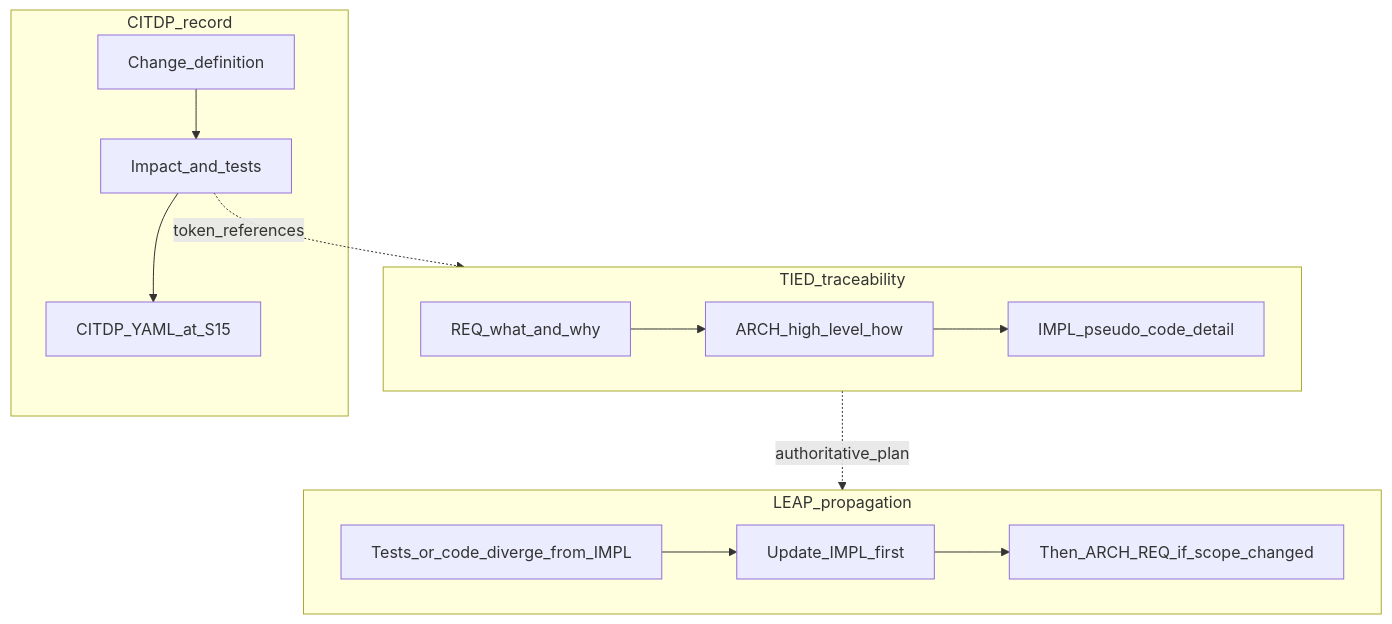
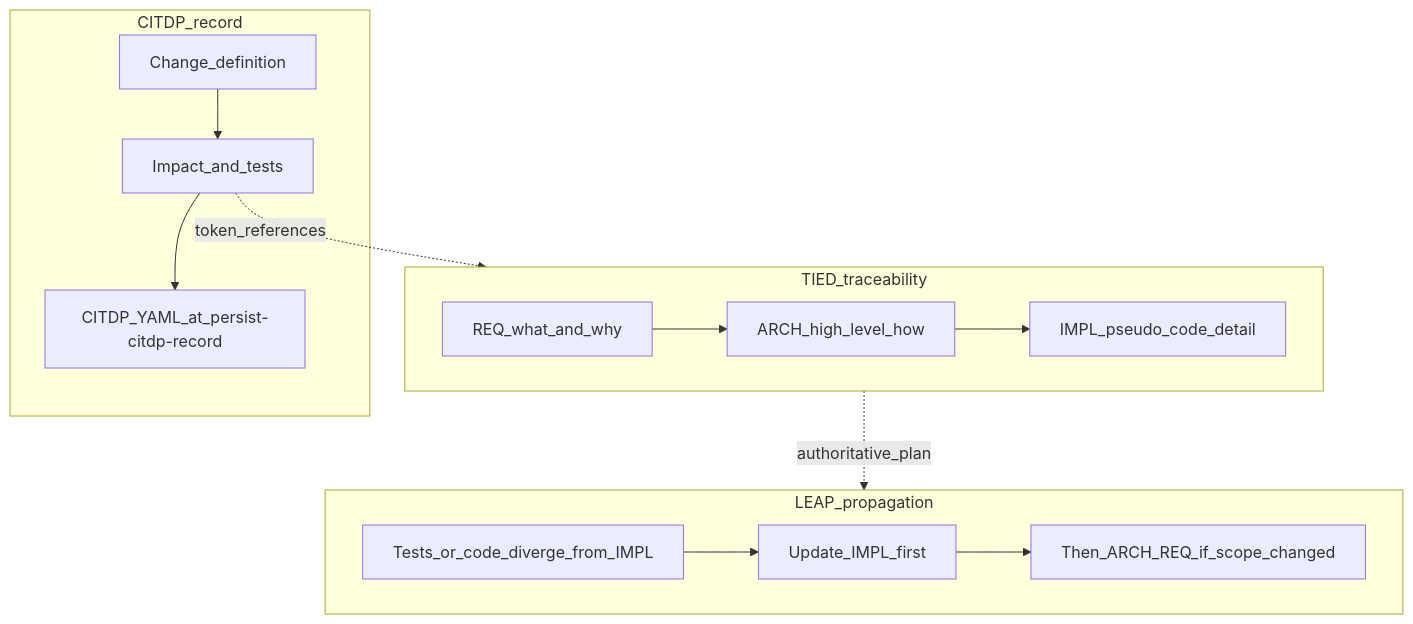
One commit to fareedst/tied changed the first of 2 diagrams in docs/leap-tied-citdp-costs-and-benefits.md. Above: the diagram before and after it, drawn with Mermaid. The commit also changed other lines of this file and 209 other files, not shown here.

````diff
--- a/docs/leap-tied-citdp-costs-and-benefits.md
+++ b/docs/leap-tied-citdp-costs-and-benefits.md
@@ -23,23 +23,23 @@
 ```mermaid
 flowchart TB
     subgraph tiedPillar ["TIED_traceability"]
         REQ["REQ_what_and_why"]
         ARCH["ARCH_high_level_how"]
         IMPL["IMPL_pseudo_code_detail"]
         REQ --> ARCH --> IMPL
     end
     subgraph leapPillar ["LEAP_propagation"]
         diverge["Tests_or_code_diverge_from_IMPL"]
         fixImpl["Update_IMPL_first"]
         fixUp["Then_ARCH_REQ_if_scope_changed"]
         diverge --> fixImpl --> fixUp
     end
     subgraph citdpPillar ["CITDP_record"]
         define["Change_definition"]
         impact["Impact_and_tests"]
-        store["CITDP_YAML_at_S15"]
+        store["CITDP_YAML_at_persist-citdp-record"]
         define --> impact --> store
     end
     tiedPillar -.->|"authoritative_plan"| leapPillar
     impact -.->|"token_references"| tiedPillar
 ```
````
